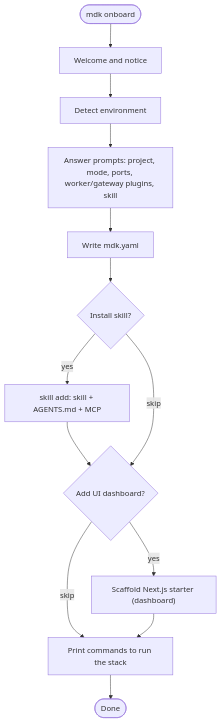
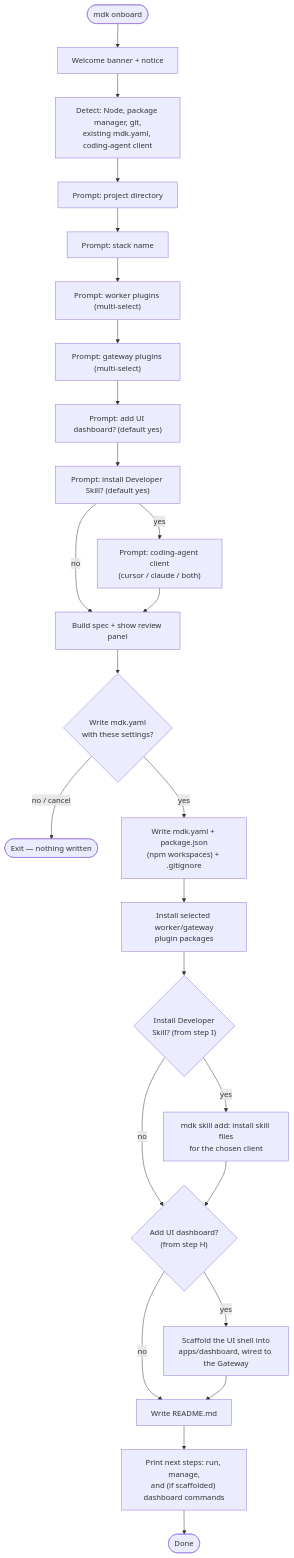
The diagram in docs/hld-mdk-cli.md (ankit-tether/mdk-be), drawn with Mermaid before and after one commit. The commit also changed other lines of this file, not shown here.

First line of the commit message:
Update MDK CLI documentation to reflect changes in command descriptions and scope

````diff
--- a/docs/hld-mdk-cli.md
+++ b/docs/hld-mdk-cli.md
@@ -212,15 +217,27 @@
 ```mermaid
 flowchart TD
-    A(["mdk onboard"]) --> B["Welcome and notice"]
-    B --> C["Detect environment"]
-    C --> D["Answer prompts: project, mode, ports, worker/gateway plugins, skill"]
-    D --> W["Write mdk.yaml"]
-    W --> G{"Install skill?"}
-    G -- yes --> H["skill add: skill + AGENTS.md + MCP"]
-    H --> U{"Add UI dashboard?"}
-    G -- skip --> U
-    U -- yes --> V["Scaffold Next.js starter (dashboard)"]
-    U -- skip --> P["Print commands to run the stack"]
-    V --> P
-    P --> K(["Done"])
+    A(["mdk onboard"]) --> B["Welcome banner + notice"]
+    B --> C["Detect: Node, package manager, git,\nexisting mdk.yaml, coding-agent client"]
+    C --> D["Prompt: project directory"]
+    D --> E["Prompt: stack name"]
+    E --> F["Prompt: worker plugins (multi-select)"]
+    F --> G["Prompt: gateway plugins (multi-select)"]
+    G --> H["Prompt: add UI dashboard? (default yes)"]
+    H --> I["Prompt: install Developer Skill? (default yes)"]
+    I -- yes --> J["Prompt: coding-agent client\n(cursor / claude / both)"]
+    I -- no --> K["Build spec + show review panel"]
+    J --> K
+    K --> L{"Write mdk.yaml\nwith these settings?"}
+    L -- no / cancel --> Z(["Exit — nothing written"])
+    L -- yes --> M["Write mdk.yaml + package.json\n(npm workspaces) + .gitignore"]
+    M --> N["Install selected worker/gateway\nplugin packages"]
+    N --> O{"Install Developer\nSkill? (from step I)"}
+    O -- yes --> P["mdk skill add: install skill files\nfor the chosen client"]
+    O -- no --> Q{"Add UI dashboard?\n(from step H)"}
+    P --> Q
+    Q -- yes --> R["Scaffold the UI shell into\napps/dashboard, wired to the Gateway"]
+    Q -- no --> S["Write README.md"]
+    R --> S
+    S --> T["Print next steps: run, manage,\nand (if scaffolded) dashboard commands"]
+    T --> K2(["Done"])
 ```
````
